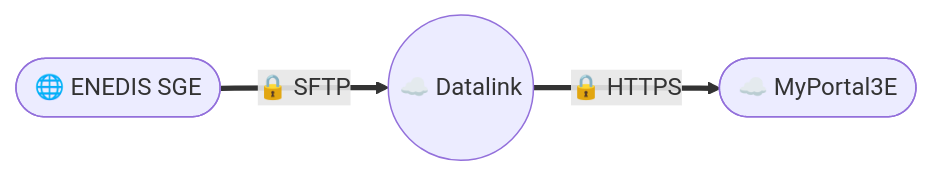
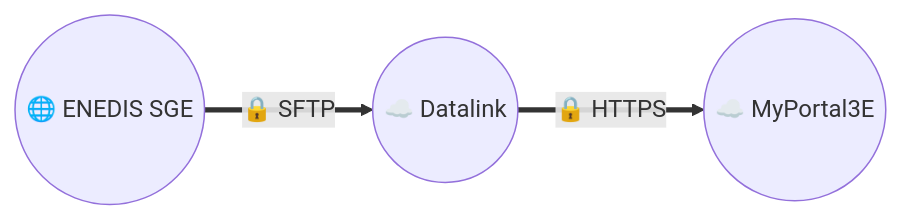
Before and after one commit to JohannPx/network-architectures: the diagram in docs/data/Collecte de données - Enedis SGE.md, drawn with Mermaid. The commit also changed 12 other files, not shown here.

````diff
--- a/docs/data/Collecte de données - Enedis SGE.md
+++ b/docs/data/Collecte de données - Enedis SGE.md
@@ -5,7 +5,7 @@
 ```mermaid
 flowchart LR
 
-    enedis([🌐 ENEDIS SGE]) == 🔒 SFTP ==> datalink((☁️ Datalink))
-    datalink((☁️ Datalink)) == 🔒 HTTPS ==> myportal3e([☁️ MyPortal3E])
+    enedis((🌐 ENEDIS SGE)) == 🔒 SFTP ==> datalink((☁️ Datalink))
+    datalink((☁️ Datalink)) == 🔒 HTTPS ==> myportal3e((☁️ MyPortal3E))
 
 ```
````
